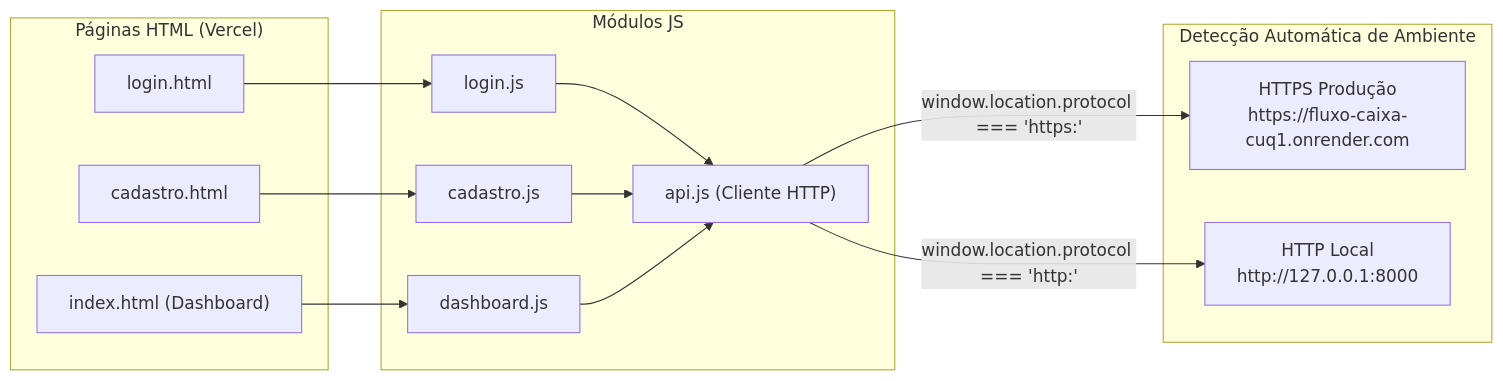
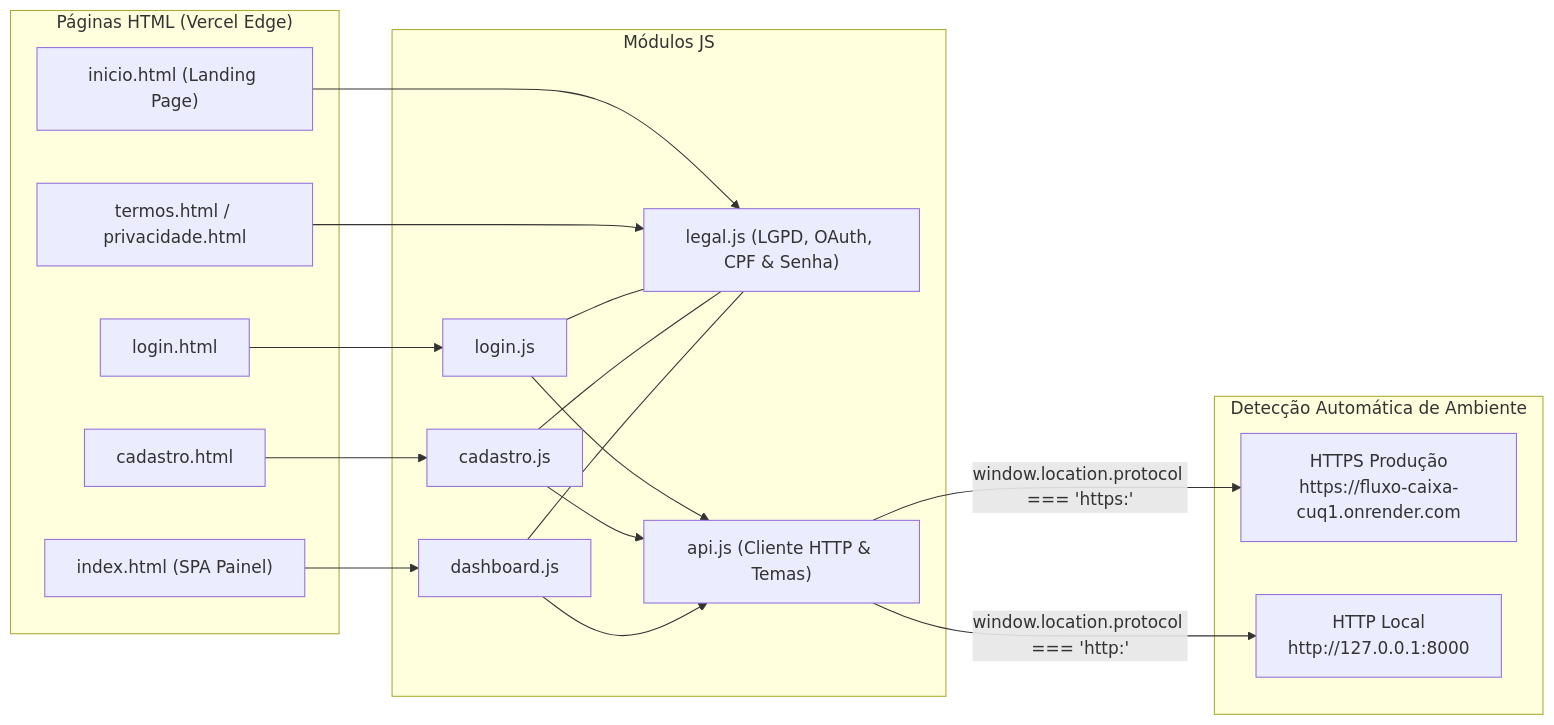
One commit to amorimfps1/fluxo_caixa_campos changed the diagram in frontend/README.md. Above: the diagram before and after it, drawn with Mermaid. The commit also changed other lines of this file and 7 other files, not shown here.

````diff
--- a/frontend/README.md
+++ b/frontend/README.md
@@ -11,27 +11,35 @@
 ```mermaid
 flowchart LR
-    subgraph Pages ["Páginas HTML (Vercel)"]
+    subgraph Pages ["Páginas HTML (Vercel Edge)"]
+        I["inicio.html (Landing Page)"]
         L["login.html"]
         C["cadastro.html"]
-        D["index.html (Dashboard)"]
+        D["index.html (SPA Painel)"]
+        T["termos.html / privacidade.html"]
     end
 
     subgraph Controllers ["Módulos JS"]
+        LG["legal.js (LGPD, OAuth, CPF & Senha)"]
         LJ["login.js"]
         CJ["cadastro.js"]
         DJ["dashboard.js"]
-        API["api.js (Cliente HTTP)"]
+        API["api.js (Cliente HTTP & Temas)"]
     end
 
     subgraph Targets ["Detecção Automática de Ambiente"]
         PROD["HTTPS Produção<br/>https://fluxo-caixa-cuq1.onrender.com"]
         DEV["HTTP Local<br/>http://127.0.0.1:8000"]
     end
 
+    I --> LG
+    T --> LG
     L --> LJ --> API
     C --> CJ --> API
     D --> DJ --> API
+    LJ --- LG
+    CJ --- LG
+    DJ --- LG
 
     API -->|"window.location.protocol === 'https:'"| PROD
     API -->|"window.location.protocol === 'http:'"| DEV
 ```
````
